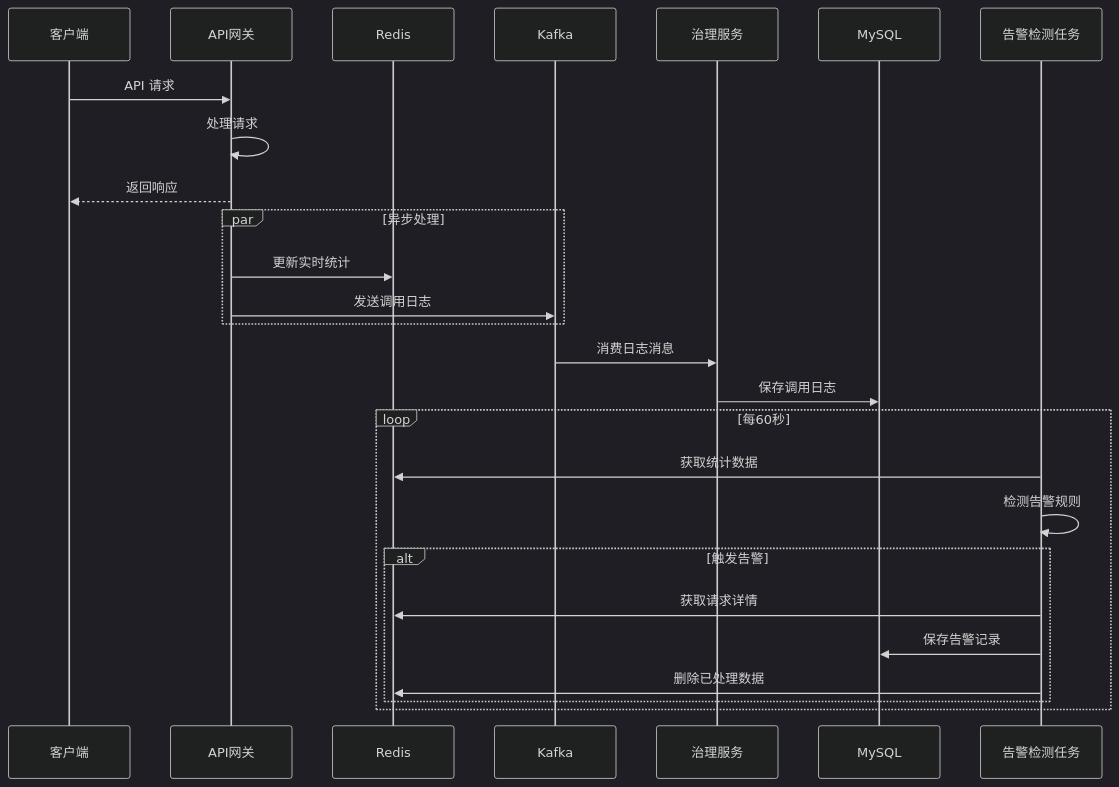
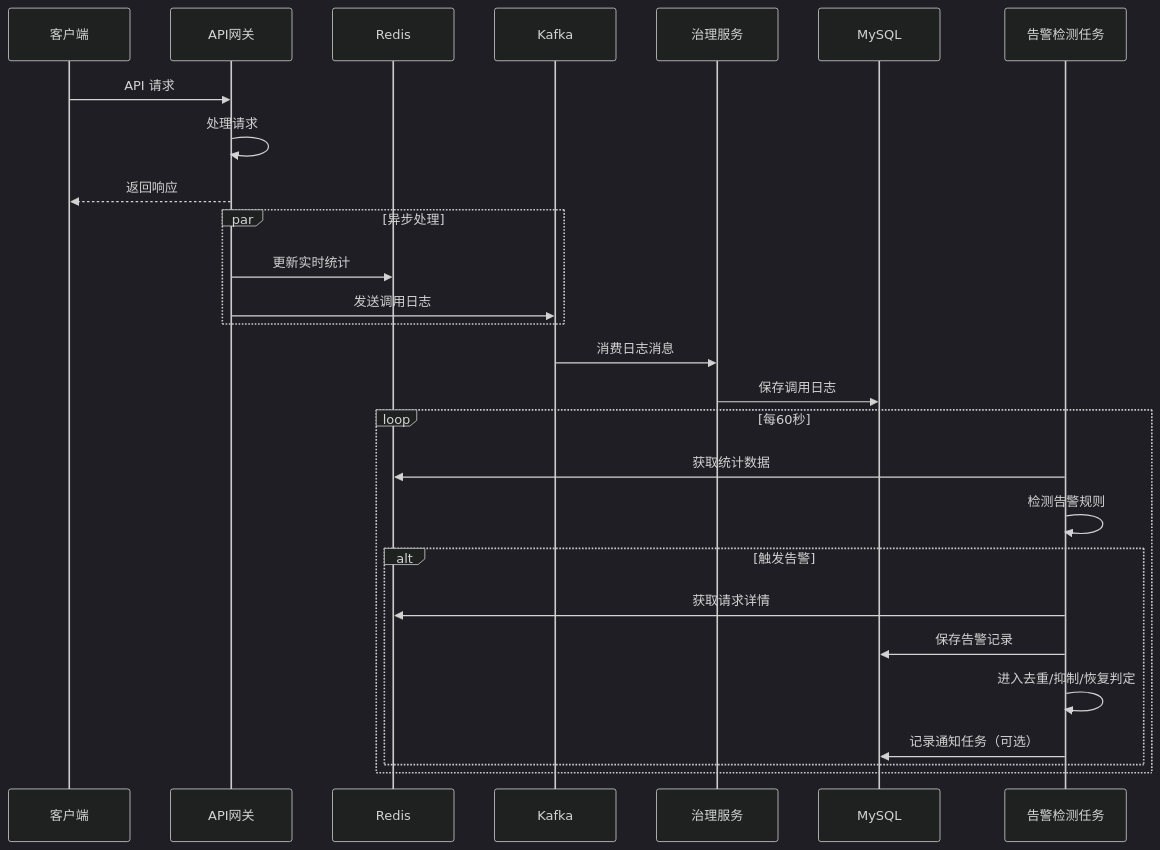
One commit to DevYangJC/intelli_hub changed the second of 10 diagrams in docs/告警系统流程说明书.md. Above: the diagram before and after it, drawn with Mermaid (dark theme). The commit also changed other lines of this file and 59 other files, not shown here.

````diff
--- a/docs/告警系统流程说明书.md
+++ b/docs/告警系统流程说明书.md
@@ -47,32 +63,33 @@
 ```mermaid
 sequenceDiagram
     participant Client as 客户端
     participant Gateway as API网关
     participant Redis as Redis
     participant Kafka as Kafka
     participant Governance as 治理服务
     participant MySQL as MySQL
     participant Job as 告警检测任务
 
     Client->>Gateway: API 请求
     Gateway->>Gateway: 处理请求
     Gateway-->>Client: 返回响应
     
     par 异步处理
         Gateway->>Redis: 更新实时统计
         Gateway->>Kafka: 发送调用日志
     end
     
     Kafka->>Governance: 消费日志消息
     Governance->>MySQL: 保存调用日志
     
     loop 每60秒
         Job->>Redis: 获取统计数据
         Job->>Job: 检测告警规则
         alt 触发告警
             Job->>Redis: 获取请求详情
             Job->>MySQL: 保存告警记录
-            Job->>Redis: 删除已处理数据
+            Job->>Job: 进入去重/抑制/恢复判定
+            Job->>MySQL: 记录通知任务（可选）
         end
     end
 ```
````
